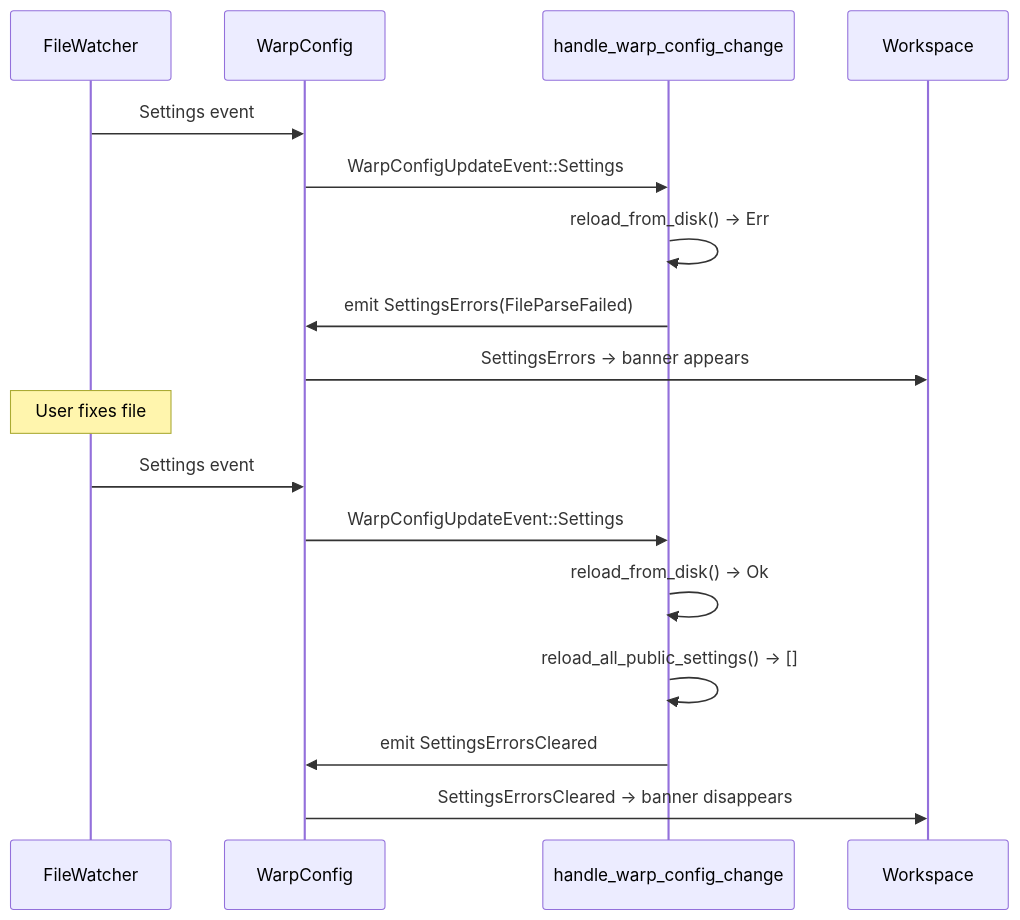
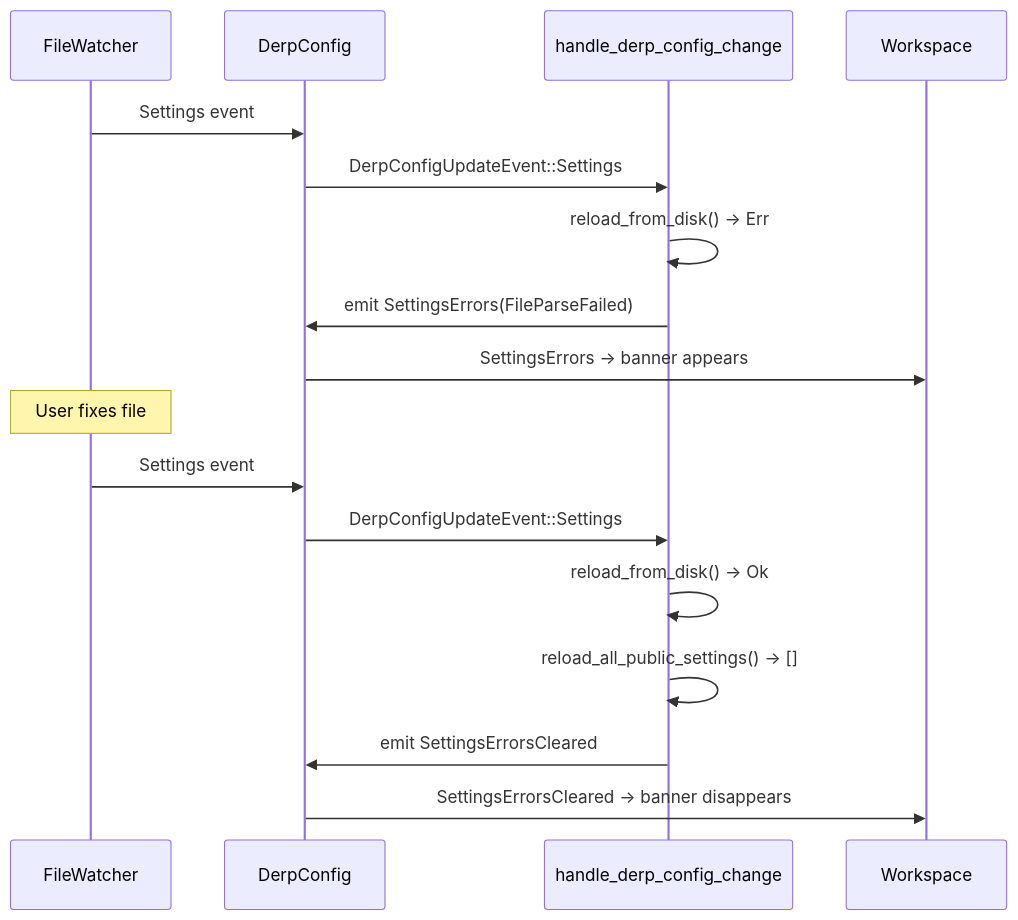
Before and after one commit to antikrust/krust-terminal: the second of 2 diagrams in specs/danielpeng/QUALITY-429/TECH.md, drawn with Mermaid. The commit also changed other lines of this file and 9069 other files, not shown here.

First line of the commit message:
Rebrand Warp -> Derp; vendor and disconnect all external deps

````diff
--- a/specs/danielpeng/QUALITY-429/TECH.md
+++ b/specs/danielpeng/QUALITY-429/TECH.md
@@ -106,21 +106,21 @@
 ```mermaid
 sequenceDiagram
     participant FileWatcher
-    participant WarpConfig
-    participant Handler as handle_warp_config_change
+    participant DerpConfig
+    participant Handler as handle_derp_config_change
     participant Workspace
 
-    FileWatcher->>WarpConfig: Settings event
-    WarpConfig->>Handler: WarpConfigUpdateEvent::Settings
+    FileWatcher->>DerpConfig: Settings event
+    DerpConfig->>Handler: DerpConfigUpdateEvent::Settings
     Handler->>Handler: reload_from_disk() → Err
-    Handler->>WarpConfig: emit SettingsErrors(FileParseFailed)
-    WarpConfig->>Workspace: SettingsErrors → banner appears
+    Handler->>DerpConfig: emit SettingsErrors(FileParseFailed)
+    DerpConfig->>Workspace: SettingsErrors → banner appears
 
     Note over FileWatcher: User fixes file
-    FileWatcher->>WarpConfig: Settings event
-    WarpConfig->>Handler: WarpConfigUpdateEvent::Settings
+    FileWatcher->>DerpConfig: Settings event
+    DerpConfig->>Handler: DerpConfigUpdateEvent::Settings
     Handler->>Handler: reload_from_disk() → Ok
     Handler->>Handler: reload_all_public_settings() → []
-    Handler->>WarpConfig: emit SettingsErrorsCleared
-    WarpConfig->>Workspace: SettingsErrorsCleared → banner disappears
+    Handler->>DerpConfig: emit SettingsErrorsCleared
+    DerpConfig->>Workspace: SettingsErrorsCleared → banner disappears
 ```
````
